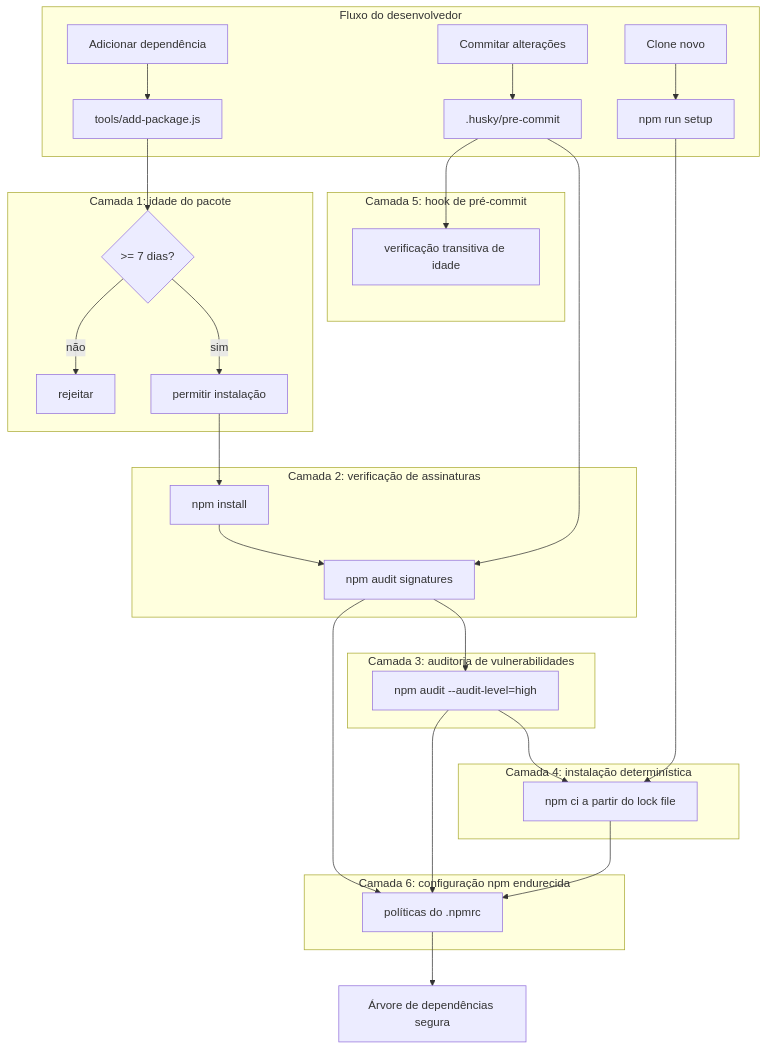
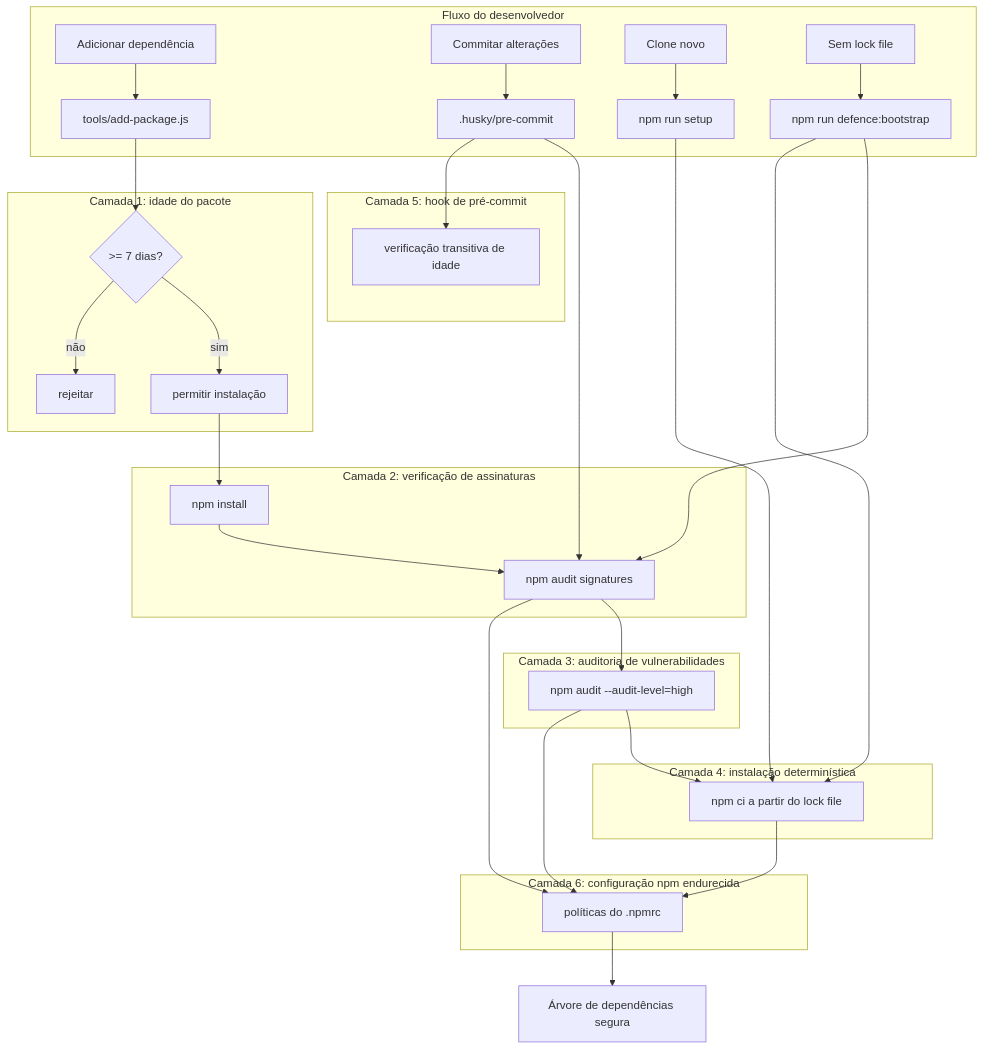
One commit to adrianoenache/learn-supply-chain-attack-defence changed the diagram in docs/pt-BR/security/index.md. Above: the diagram before and after it, drawn with Mermaid. The commit also changed 24 other files, not shown here.

````diff
--- a/docs/pt-BR/security/index.md
+++ b/docs/pt-BR/security/index.md
@@ -7,42 +7,45 @@
 ```mermaid
 flowchart TD
     subgraph Developer["Fluxo do desenvolvedor"]
         A[Adicionar dependência] --> B[tools/add-package.js]
         C[Commitar alterações] --> D[.husky/pre-commit]
         E[Clone novo] --> F[npm run setup]
+        Z[Sem lock file] --> Y[npm run defence:bootstrap]
     end
 
     subgraph Layer1["Camada 1: idade do pacote"]
         B --> G{>= 7 dias?}
         G -->|sim| H[permitir instalação]
         G -->|não| I[rejeitar]
     end
 
     H --> J[npm install]
 
     subgraph Layer2["Camada 2: verificação de assinaturas"]
         J --> K[npm audit signatures]
+        Y --> K
     end
 
     subgraph Layer3["Camada 3: auditoria de vulnerabilidades"]
         K --> L[npm audit --audit-level=high]
     end
 
     subgraph Layer4["Camada 4: instalação determinística"]
         F --> M[npm ci a partir do lock file]
         L --> M
+        Y --> M
     end
 
     subgraph Layer5["Camada 5: hook de pré-commit"]
         D --> K
         D --> N[verificação transitiva de idade]
     end
 
     subgraph Layer6["Camada 6: configuração npm endurecida"]
         M --> O[políticas do .npmrc]
         K --> O
         L --> O
     end
 
     O --> P[Árvore de dependências segura]
 ```
````
